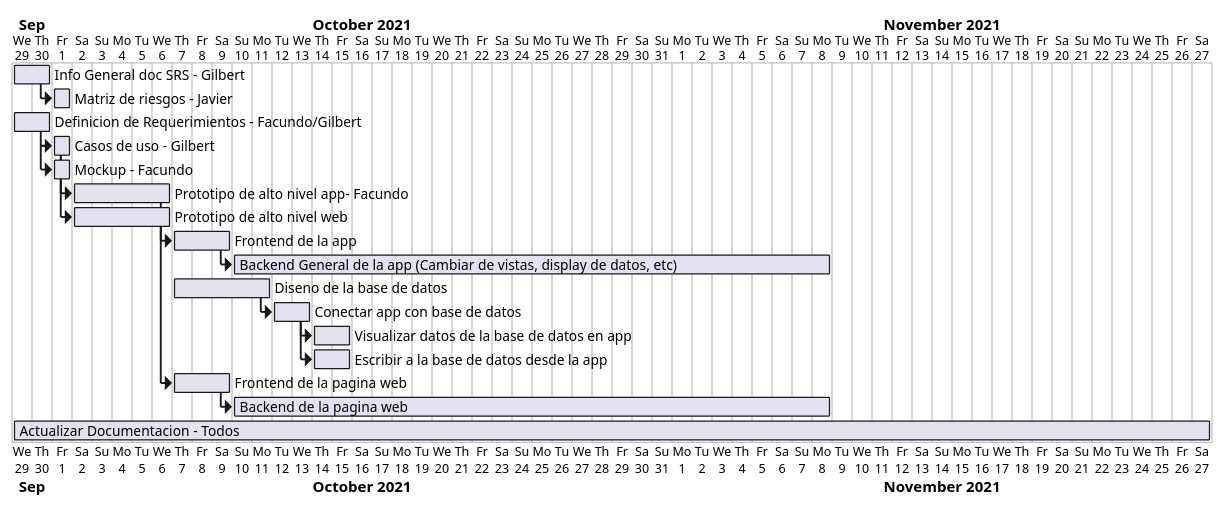
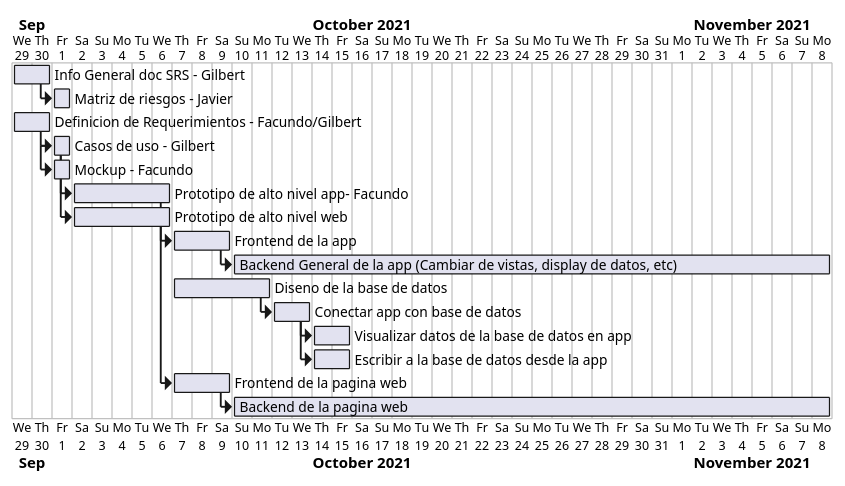
The diagram in Reto/Diagramas.md (facund015/codeRelatedObsidianNotes), drawn with PlantUML before and after one commit.

Commit message:
vault backup: 2021-10-05 09:27:44

````diff
--- a/Reto/Diagramas.md
+++ b/Reto/Diagramas.md
@@ -2,34 +2,31 @@
 ```plantuml
 
 @startgantt
 Project starts 2021-09-29
 
 [Info General doc SRS - Gilbert] as [SRS] lasts 2 days and starts 2021-09-29
 [Matriz de riesgos - Javier] as [MR] lasts 1 days and starts at [SRS]'s end
 
 [Definicion de Requerimientos - Facundo/Gilbert] as [DR] lasts 2 day and starts 2021-09-29
 [Casos de uso - Gilbert] as [CS] lasts 1 day and starts at [DR]'s end
 [Mockup - Facundo] as [MP] lasts 1 days and starts at [CS]'s start
 
 [Prototipo de alto nivel app- Facundo] as [PAN] lasts 5 days and starts at [CS]'s end
 [Prototipo de alto nivel web] as [PAW] lasts 5 days and starts at [CS]'s end
 
 [Frontend de la app] as [FEA] lasts 3 days and starts at [PAN]'s end
 [Backend General de la app (Cambiar de vistas, display de datos, etc)] as [BGA] lasts 30 days and starts at [FEA]'s end
 
 [Diseno de la base de datos] as [DBD] lasts 5 days and starts 2021-10-7
 [Conectar app con base de datos] as [CBD] lasts 2 days and starts at [DBD]'s end
 [Visualizar datos de la base de datos en app] as [VBD] lasts 2 days and starts at [CBD]'s end
 [Escribir a la base de datos desde la app] as [EBD] lasts 2 days and starts at [CBD]'s end
 
 [Frontend de la pagina web] as [FPW] lasts 3 days and starts at [PAW]'s end
 [Backend de la pagina web] as [BPW] lasts 30 days and starts at [FPW]'s end
 
-
-
-[Actualizar Documentacion - Todos] as [ASRS] lasts 60 days
 @endgantt
 
 
 
 ```
````
